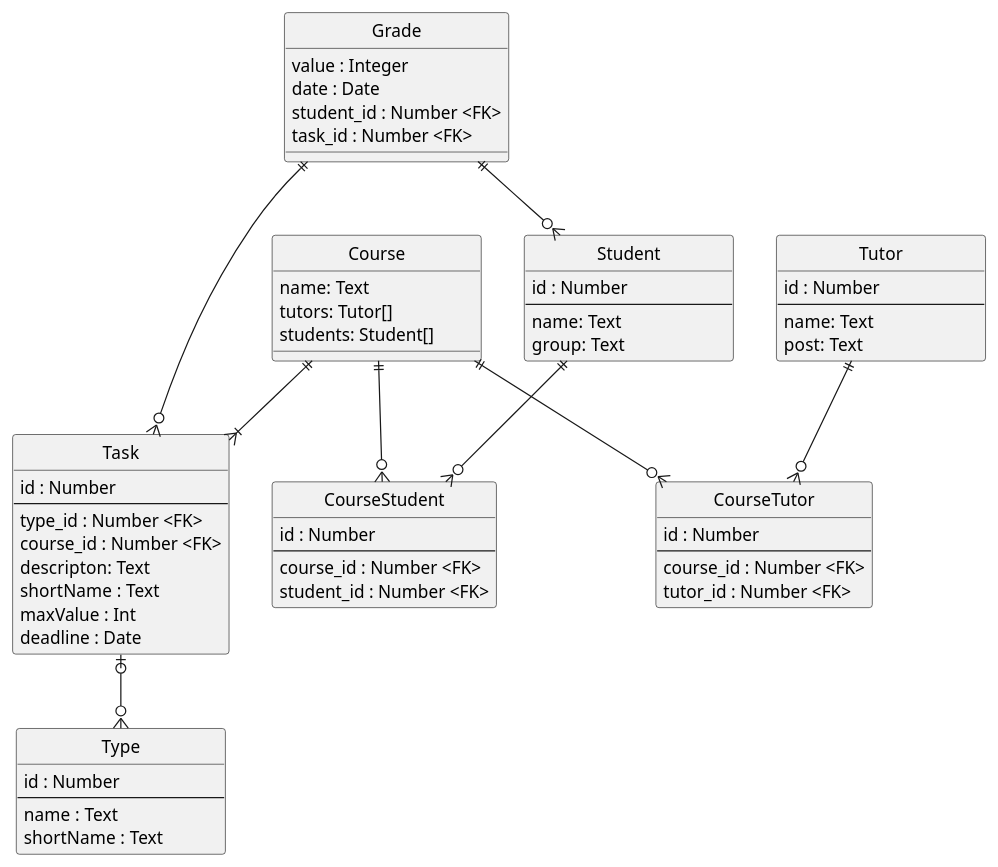
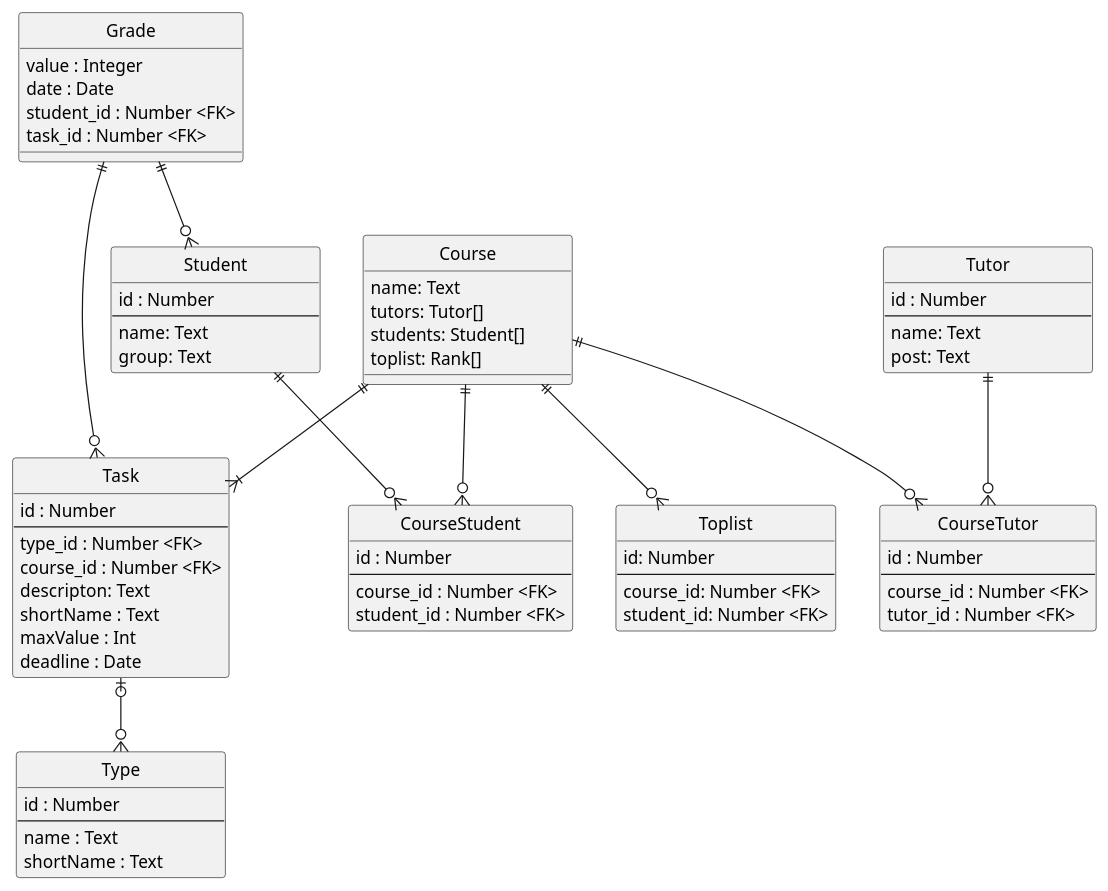
The diagram in diagram/er.puml (mementomorri/kotlin_backend), drawn with PlantUML before and after one commit. The commit also changed 33 other files, not shown here.

```diff
--- a/diagram/er.puml
+++ b/diagram/er.puml
@@ -1,83 +1,96 @@
 @startuml
 
     hide circle
     skinparam minClassWidth 170
 
     together {
         entity CourseStudent
         entity Course
     }
     
     entity Type {
         id : Number
         --
         name : Text
         shortName : Text
     }
 
     entity Task {
         id : Number
         --
         type_id : Number <FK>
         course_id : Number <FK>
         descripton: Text
         shortName : Text
         maxValue : Int
         deadline : Date
     }
 
     Task |o--o{ Type
 
     entity Tutor {
         id : Number
         --
         name: Text
         post: Text
     }
 
     entity Student {
         id : Number
         --
         name: Text
         group: Text
     }
 
     entity Course {
         name: Text
         tutors: Tutor[]
         students: Student[]
+        toplist: Rank[]
+
     }
+
+    entity Toplist{
+        id: Number
+        --
+        course_id: Number <FK>
+        student_id: Number <FK>
+    }
+
 
     entity CourseTutor{
         id : Number
         --
         course_id : Number <FK>
         tutor_id : Number <FK>
     }
 
     entity CourseStudent {
         id : Number
         --
         course_id : Number <FK>
         student_id : Number <FK>
     }
 
 
     Course ||--|{ Task
     Course ||--o{ CourseTutor
     Tutor ||--o{ CourseTutor
 
     Course ||--o{ CourseStudent
     Student ||--o{ CourseStudent
 
+    Course||--o{ Toplist
+
+
     entity Grade{
         value : Integer
         date : Date
         student_id : Number <FK>
         task_id : Number <FK>
     }
 
     Grade ||--o{ Student
     Grade ||--o{ Task
 
 @enduml
```
